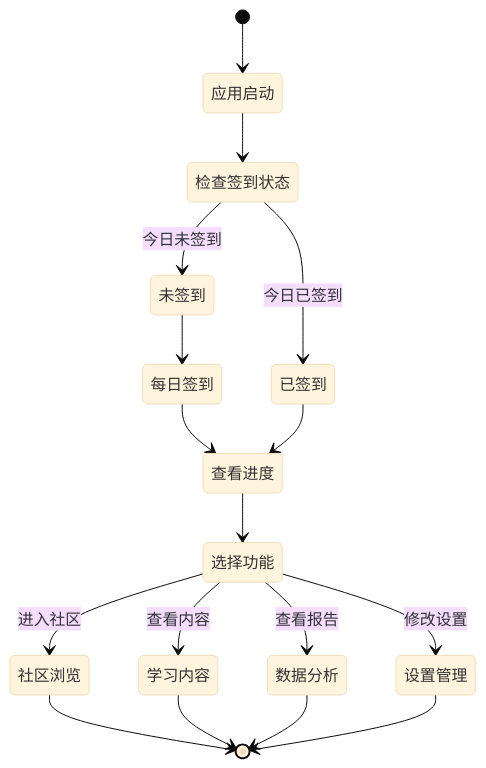
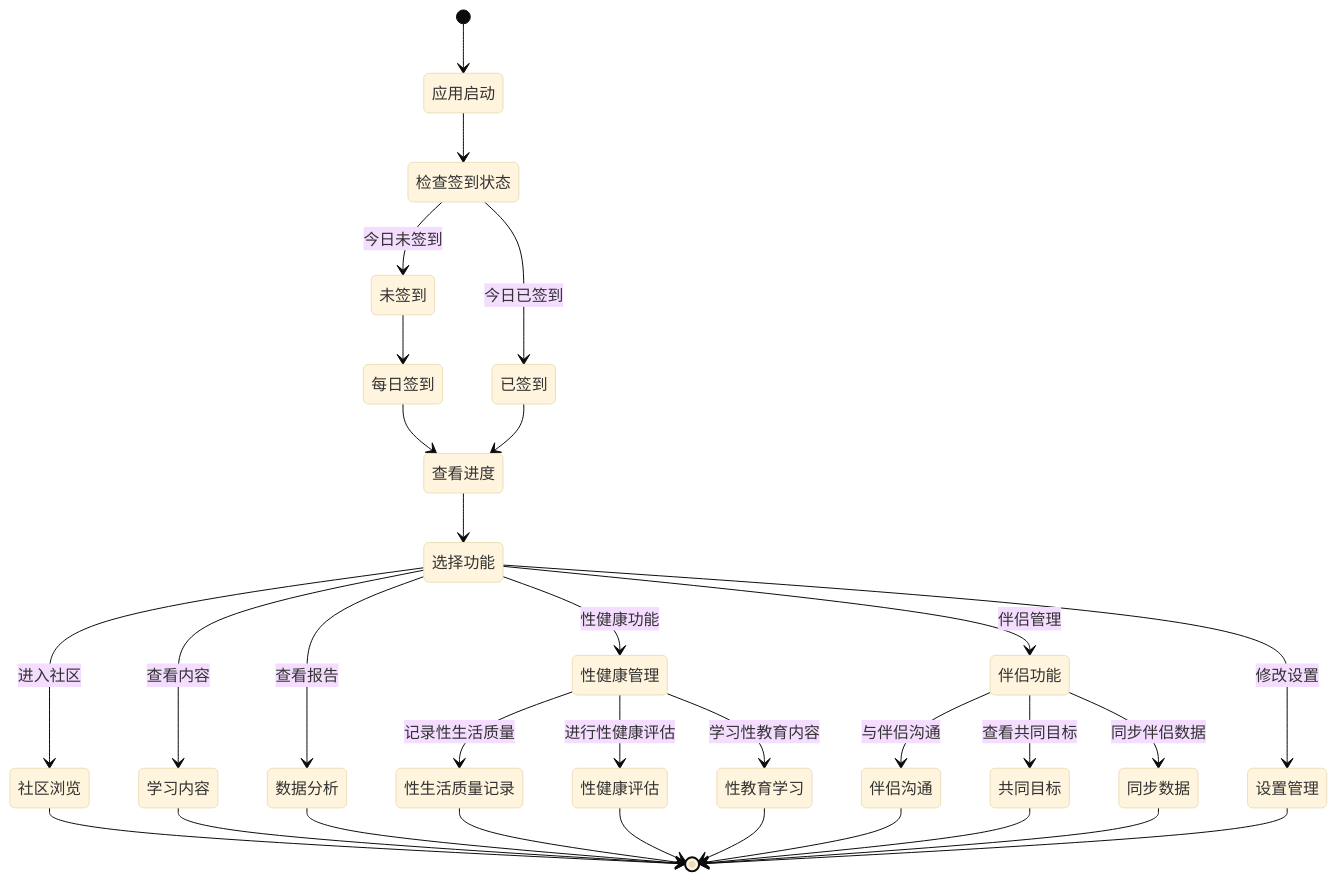
The fourth of 4 diagrams in docs/PRD.md (jsqfengbao/gva_nofap), drawn with Mermaid (base theme) before and after one commit. The commit also changed other lines of this file and 7 other files, not shown here.

````diff
--- a/docs/PRD.md
+++ b/docs/PRD.md
@@ -508,19 +770,36 @@
 ```mermaid
 stateDiagram-v2
     [*] --> 应用启动
     应用启动 --> 检查签到状态
     检查签到状态 --> 已签到: 今日已签到
     检查签到状态 --> 未签到: 今日未签到
     未签到 --> 每日签到
     每日签到 --> 查看进度
     已签到 --> 查看进度
     查看进度 --> 选择功能
     选择功能 --> 社区浏览: 进入社区
     选择功能 --> 学习内容: 查看内容
     选择功能 --> 数据分析: 查看报告
+    选择功能 --> 性健康管理: 性健康功能
+    选择功能 --> 伴侣功能: 伴侣管理
     选择功能 --> 设置管理: 修改设置
+    
+    性健康管理 --> 性生活质量记录: 记录性生活质量
+    性健康管理 --> 性健康评估: 进行性健康评估
+    性健康管理 --> 性教育学习: 学习性教育内容
+    
+    伴侣功能 --> 伴侣沟通: 与伴侣沟通
+    伴侣功能 --> 共同目标: 查看共同目标
+    伴侣功能 --> 同步数据: 同步伴侣数据
+    
     社区浏览 --> [*]
     学习内容 --> [*]
     数据分析 --> [*]
+    性生活质量记录 --> [*]
+    性健康评估 --> [*]
+    性教育学习 --> [*]
+    伴侣沟通 --> [*]
+    共同目标 --> [*]
+    同步数据 --> [*]
     设置管理 --> [*]
 ```
````
